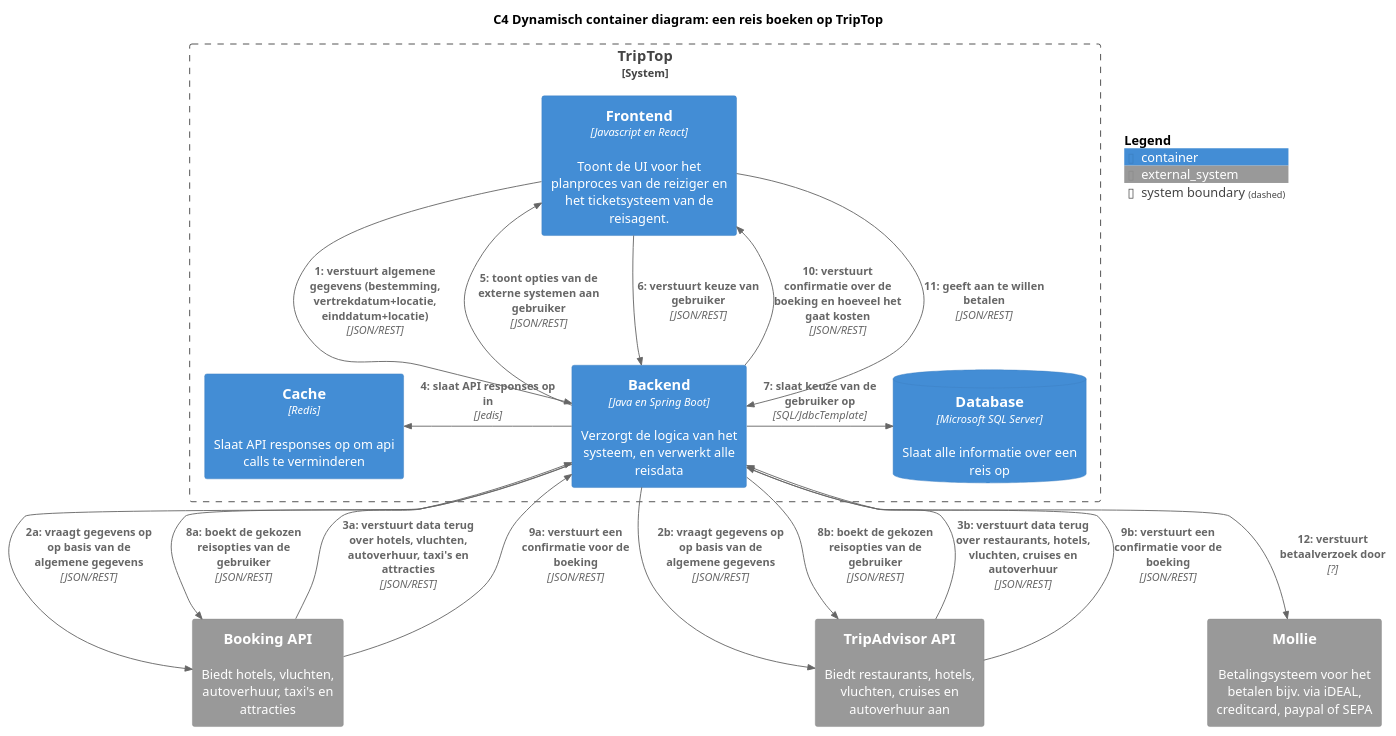
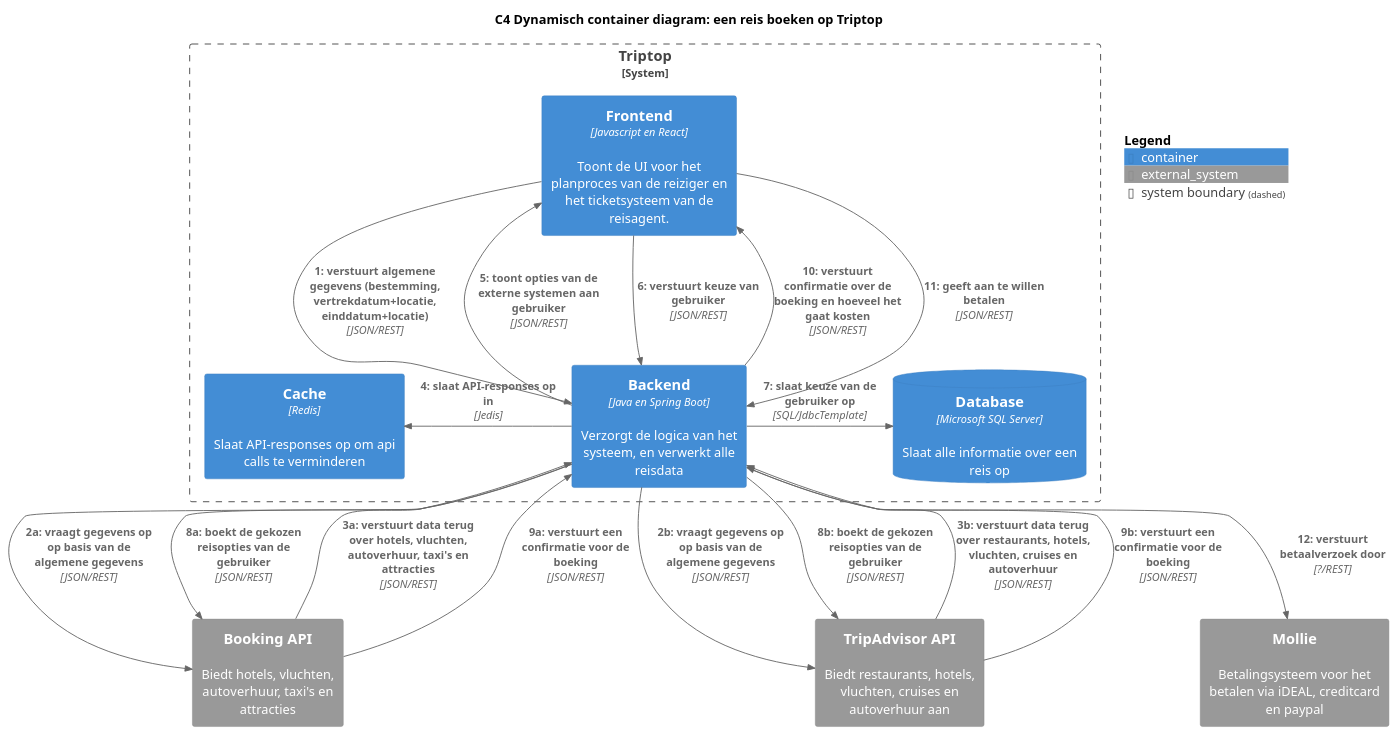
Before and after one commit to AIM-ENE-feb25/triptop-groep-4-jochem-roald-stijn-a: the diagram in software-guidebook/sgb-bestanden/dynamisch-container-diagram-reis-boeken.puml, drawn with PlantUML. The commit also changed 11 other files, not shown here.

```diff
--- a/software-guidebook/sgb-bestanden/dynamisch-container-diagram-reis-boeken.puml
+++ b/software-guidebook/sgb-bestanden/dynamisch-container-diagram-reis-boeken.puml
@@ -1,52 +1,50 @@
 @startuml
-title C4 Dynamisch container diagram: een reis boeken op TripTop
+title C4 Dynamisch container diagram: een reis boeken op Triptop
 !include <C4/C4_Container.puml>
 
 top to bottom direction
 
 SHOW_PERSON_OUTLINE()
 
-System_Boundary(system, "TripTop") {
+System_Boundary(system, "Triptop") {
     Container(frontend, "Frontend", "Javascript en React", "Toont de UI voor het planproces van de reiziger en het ticketsysteem van de reisagent.")
     Container(backend, "Backend", "Java en Spring Boot", "Verzorgt de logica van het systeem, en verwerkt alle reisdata")
     ContainerDb(db, "Database", "Microsoft SQL Server", "Slaat alle informatie over een reis op")
-    Container(cache, "Cache", "Redis", "Slaat API responses op om api calls te verminderen")
+    Container(cache, "Cache", "Redis", "Slaat API-responses op om api calls te verminderen")
 }
 
 System_Ext(booking, "Booking API", "Biedt hotels, vluchten, autoverhuur, taxi's en attracties")
 System_Ext(tripadvisor, "TripAdvisor API", "Biedt restaurants, hotels, vluchten, cruises en autoverhuur aan")
-System_Ext(mollie, "Mollie", "Betalingsysteem voor het betalen bijv. via iDEAL, creditcard, paypal of SEPA")
+System_Ext(mollie, "Mollie", "Betalingsysteem voor het betalen via iDEAL, creditcard en paypal")
 
 ' BOOKING A TRIP
 Rel_D(frontend, backend, "1: verstuurt algemene gegevens (bestemming, vertrekdatum+locatie, einddatum+locatie)", "JSON/REST")
 
 Rel(backend, booking, "2a: vraagt gegevens op op basis van de algemene gegevens", "JSON/REST")
 Rel(backend, tripadvisor, "2b: vraagt gegevens op op basis van de algemene gegevens", "JSON/REST")
 
 Rel(booking, backend, "3a: verstuurt data terug over hotels, vluchten, autoverhuur, taxi's en attracties", "JSON/REST")
 Rel(tripadvisor, backend, "3b: verstuurt data terug over restaurants, hotels, vluchten, cruises en autoverhuur", "JSON/REST")
 
-Rel_L(backend, cache, "4: slaat API responses op in", "Jedis")
+Rel_L(backend, cache, "4: slaat API-responses op in", "Jedis")
 
 Rel_U(backend, frontend, "5: toont opties van de externe systemen aan gebruiker", "JSON/REST")
 
 Rel_D(frontend, backend, "6: verstuurt keuze van gebruiker", "JSON/REST")
 
 Rel_R(backend, db, "7: slaat keuze van de gebruiker op", "SQL/JdbcTemplate")
 
 Rel(backend, booking, "8a: boekt de gekozen reisopties van de gebruiker", "JSON/REST")
 Rel(backend, tripadvisor, "8b: boekt de gekozen reisopties van de gebruiker", "JSON/REST")
 
 Rel(booking, backend, "9a: verstuurt een confirmatie voor de boeking", "JSON/REST")
 Rel(tripadvisor, backend, "9b: verstuurt een confirmatie voor de boeking", "JSON/REST")
 
 Rel_U(backend, frontend, "10: verstuurt confirmatie over de boeking en hoeveel het gaat kosten", "JSON/REST")
 
 Rel_D(frontend, backend, "11: geeft aan te willen betalen", "JSON/REST")
-Rel(backend, mollie, "12: verstuurt betaalverzoek door", "?")
-
-' TODO: Zoek uit hoe mollie werkt en vul de relatie in
+Rel(backend, mollie, "12: verstuurt betaalverzoek door", "?/REST")
 
 SHOW_FLOATING_LEGEND()
 
 @enduml
```
